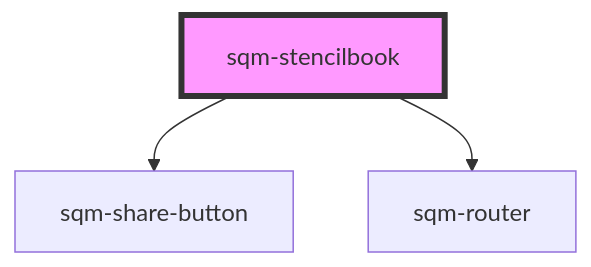
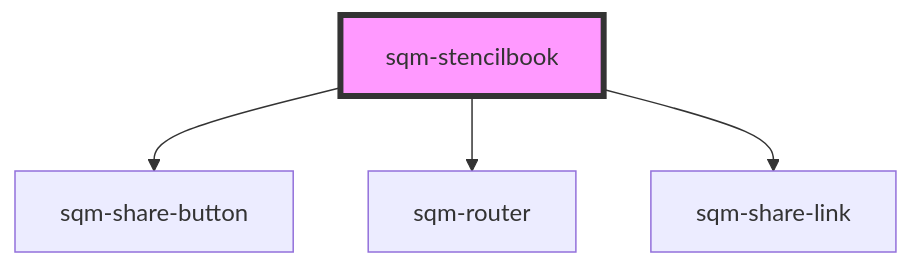
Before and after one commit to saasquatch/program-tools: the diagram in packages/mint-components/src/components/sqm-stencilbook/readme.md, drawn with Mermaid. The commit also changed other lines of this file, not shown here.

Commit message:
automatic readme update

````diff
--- a/packages/mint-components/src/components/sqm-stencilbook/readme.md
+++ b/packages/mint-components/src/components/sqm-stencilbook/readme.md
@@ -16,6 +17,7 @@
 ```mermaid
 graph TD;
   sqm-stencilbook --> sqm-share-button
   sqm-stencilbook --> sqm-router
+  sqm-stencilbook --> sqm-share-link
   style sqm-stencilbook fill:#f9f,stroke:#333,stroke-width:4px
 ```
````
